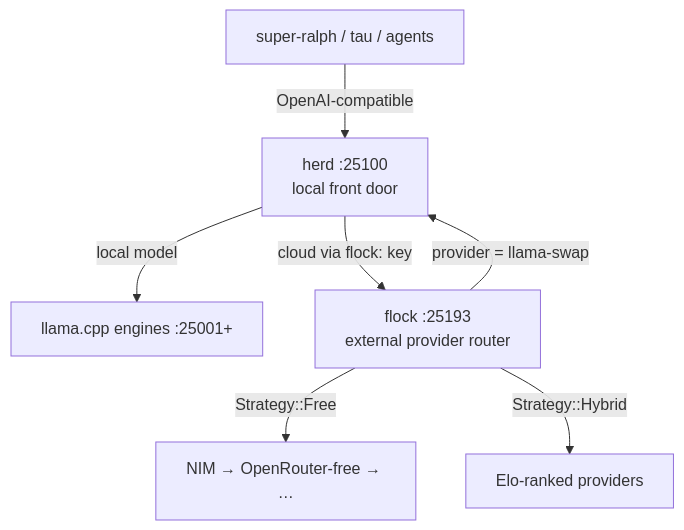
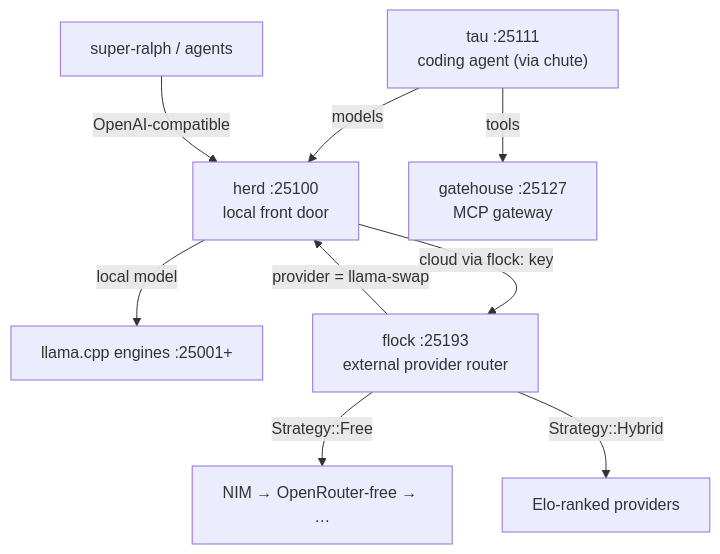
Before and after one commit to toxicwind/ranch: the diagram in README.md, drawn with Mermaid. The commit also changed other lines of this file, not shown here.

Commit message:
README: tau headline weight, full component map, fix stale branding row and contract

````diff
--- a/README.md
+++ b/README.md
@@ -170,9 +179,11 @@
 ```mermaid
 flowchart TD
-    agents["super-ralph / tau / agents"] -->|OpenAI-compatible| herd["herd :25100<br/>local front door"]
+    tau["tau :25111<br/>coding agent (via chute)"] -->|models| herd["herd :25100<br/>local front door"]
+    tau -->|tools| gatehouse["gatehouse :25127<br/>MCP gateway"]
+    agents["super-ralph / agents"] -->|OpenAI-compatible| herd
     herd -->|local model| engines["llama.cpp engines :25001+"]
     herd -->|cloud via flock: key| flock["flock :25193<br/>external provider router"]
     flock -->|Strategy::Free| free["NIM → OpenRouter-free → …"]
     flock -->|Strategy::Hybrid| elo["Elo-ranked providers"]
     flock -->|provider = llama-swap| herd
 ```
````
